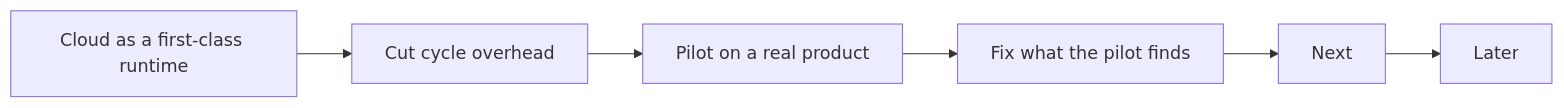
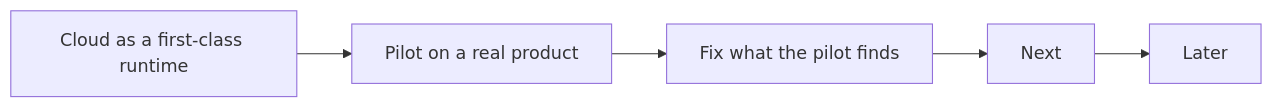
Before and after one commit to dmitriywind/agentic-sdlc: the diagram in docs/roadmap.md, drawn with Mermaid. The commit also changed other lines of this file and 13 other files, not shown here.

````diff
--- a/docs/roadmap.md
+++ b/docs/roadmap.md
@@ -6,6 +6,6 @@
 ```mermaid
 flowchart LR
-  C["Cloud as a first-class runtime"] --> O["Cut cycle overhead"] --> N1["Pilot on a real product"] --> N2["Fix what the pilot finds"]
+  C["Cloud as a first-class runtime"] --> N1["Pilot on a real product"] --> N2["Fix what the pilot finds"]
   N2 --> X["Next"]
   X --> L["Later"]
 ```
````
